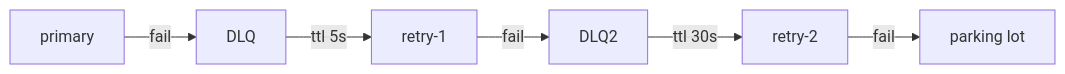
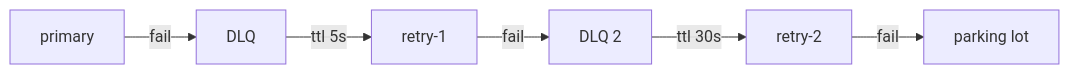
The fifth of 5 diagrams in src/content/wiki/distributed-systems/rabbitmq.mdx (shinkeonkim/shinkeonkim.github.io), drawn with Mermaid before and after one commit. The commit also changed other lines of this file and 526 other files, not shown here.

First line of the commit message:
content(wiki): 전수조사 및 대규모 보강 (짧은 파일 0, mermaid +645)

````diff
--- a/src/content/wiki/distributed-systems/rabbitmq.mdx
+++ b/src/content/wiki/distributed-systems/rabbitmq.mdx
@@ -121,8 +207,8 @@
 ```mermaid
 flowchart LR
-    Q1[primary] -->|fail| DLQ
-    DLQ -->|ttl 5s| Retry1[retry-1]
-    Retry1 -->|fail| DLQ2
-    DLQ2 -->|ttl 30s| Retry2[retry-2]
-    Retry2 -->|fail| Final[parking lot]
+    Q1["primary"] -->|"fail"| DLQ["DLQ"]
+    DLQ -->|"ttl 5s"| Retry1["retry-1"]
+    Retry1 -->|"fail"| DLQ2["DLQ 2"]
+    DLQ2 -->|"ttl 30s"| Retry2["retry-2"]
+    Retry2 -->|"fail"| Final["parking lot"]
 ```
````
